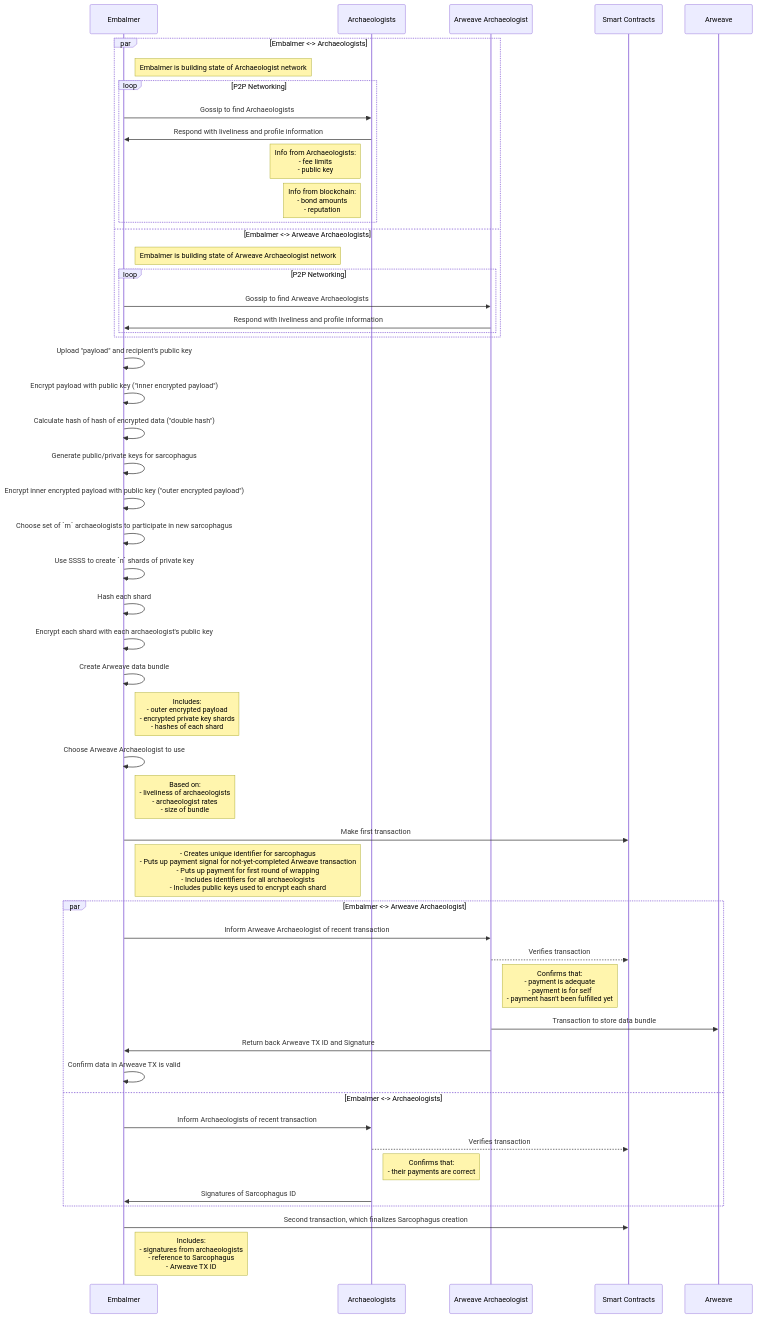
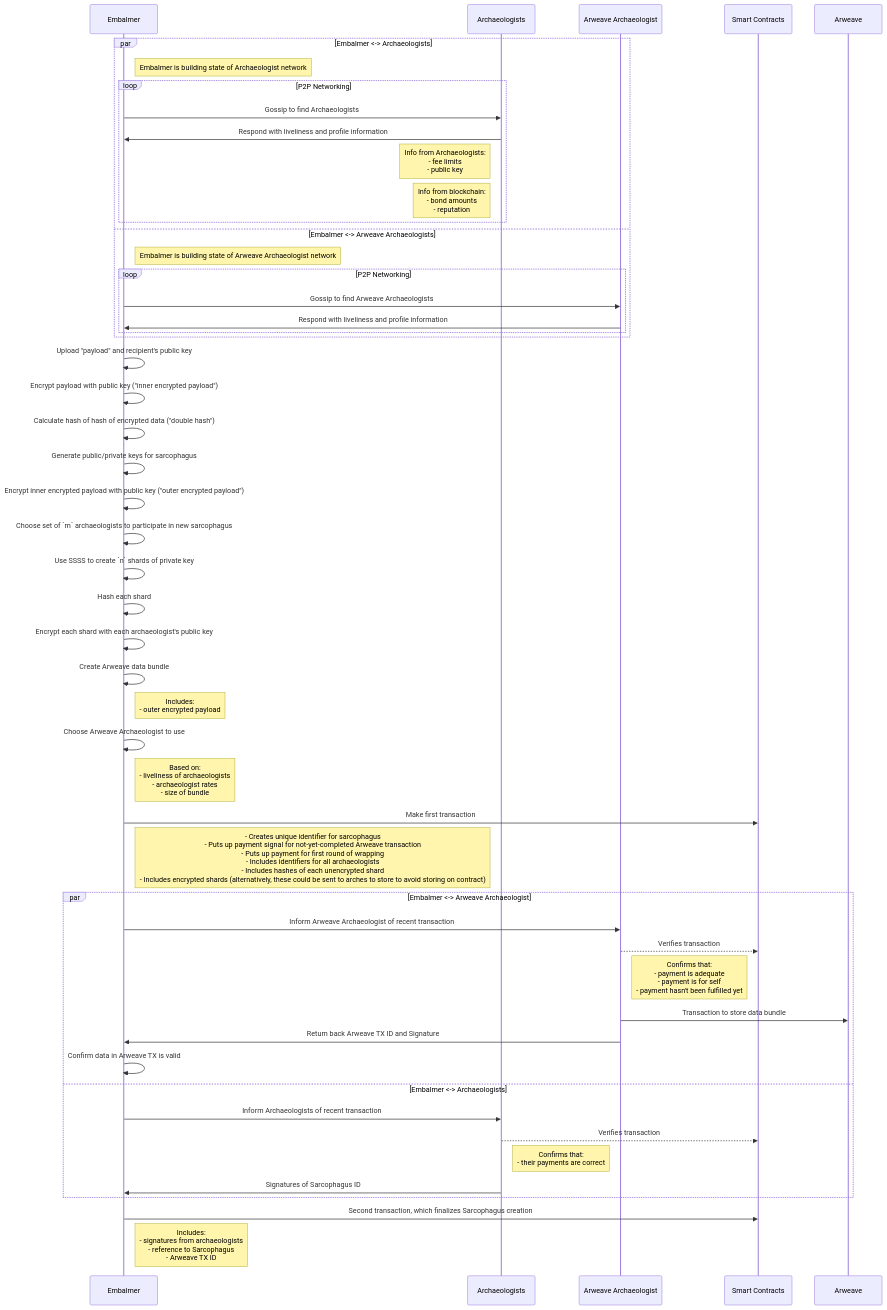
Before and after one commit to sarcophagus-org/sarcophagus-v2-specs: the diagram in create-sarcophagus.md, drawn with Mermaid.

Commit message:
Update create-sarcophagus.md
Move encrypted shards / unencrypted shard hashes from arweave bundle to first transaction

```diff
--- a/create-sarcophagus.md
+++ b/create-sarcophagus.md
@@ -48,7 +48,7 @@
 
   Embalmer->>Embalmer: Create Arweave data bundle
 
-  Note right of Embalmer: Includes:<br/>- outer encrypted payload<br/>- encrypted private key shards<br/>- hashes of each shard
+  Note right of Embalmer: Includes:<br/>- outer encrypted payload
 
   Embalmer->>Embalmer: Choose Arweave Archaeologist to use
 
@@ -56,7 +56,7 @@
 
   Embalmer->>Smart Contracts: Make first transaction
 
-  Note right of Embalmer:- Creates unique identifier for sarcophagus<br/>- Puts up payment signal for not-yet-completed Arweave transaction<br/>- Puts up payment for first round of wrapping<br/>- Includes identifiers for all archaeologists<br/>- Includes public keys used to encrypt each shard
+  Note right of Embalmer:- Creates unique identifier for sarcophagus<br/>- Puts up payment signal for not-yet-completed Arweave transaction<br/>- Puts up payment for first round of wrapping<br/>- Includes identifiers for all archaeologists<br/>- Includes hashes of each unencrypted shard<br/>- Includes encrypted shards (alternatively, these could be sent to arches to store to avoid storing on contract)
 
   par Embalmer <-> Arweave Archaeologist
     Embalmer->>Arweave Archaeologist: Inform Arweave Archaeologist of recent transaction
```
